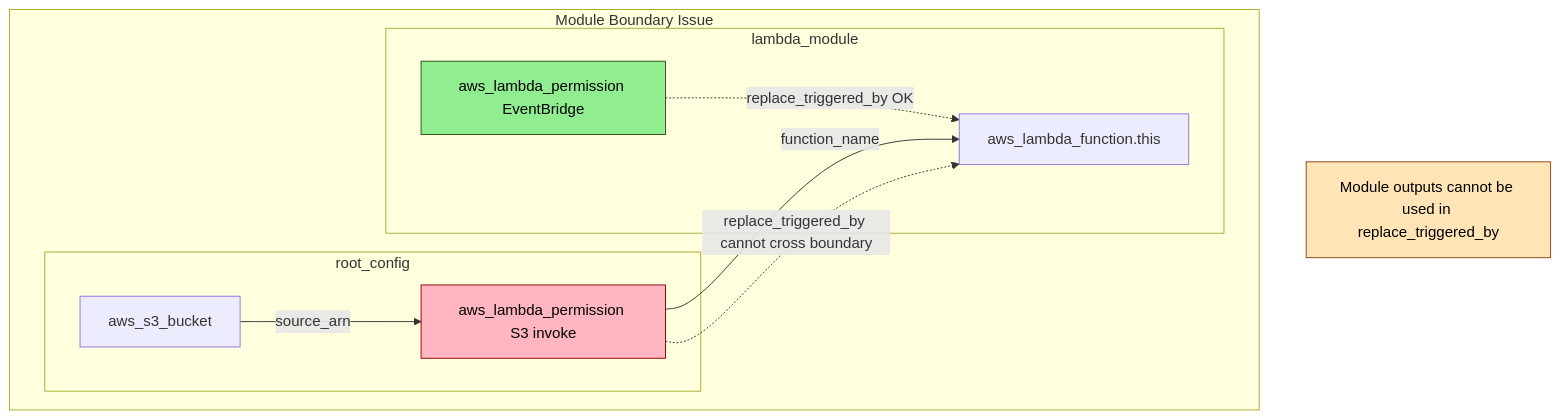
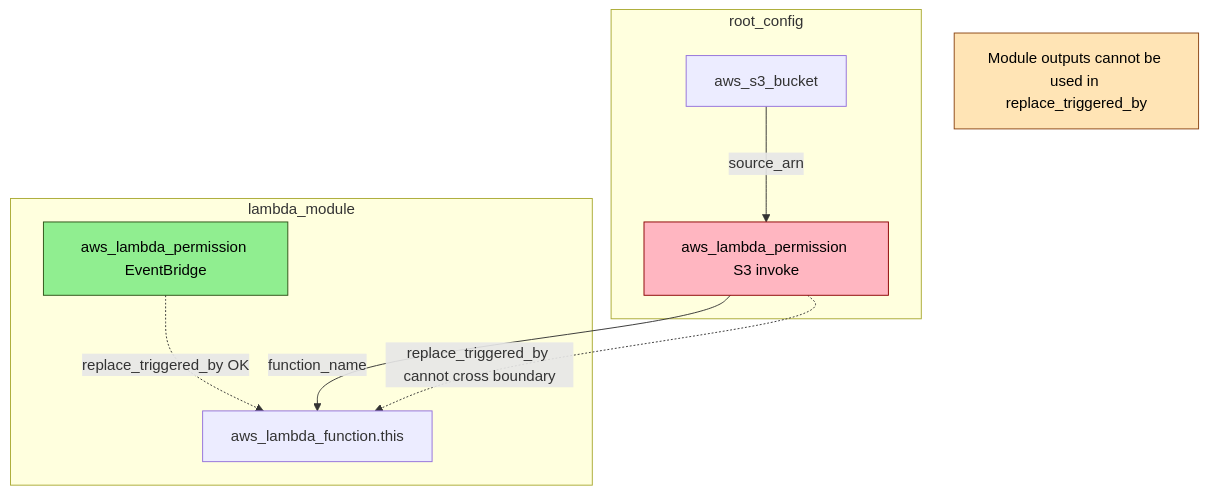
The third of 4 diagrams in content/posts/terraform-lambda-permissions/index.md (carim07/carim-web), drawn with Mermaid before and after one commit. The commit also changed other lines of this file, not shown here.

Commit message:
Fix spacing for diagram

```diff
--- a/content/posts/terraform-lambda-permissions/index.md
+++ b/content/posts/terraform-lambda-permissions/index.md
@@ -354,27 +354,26 @@
 {{< mermaid >}}
 flowchart TB
-    subgraph "Module Boundary Issue"
-        subgraph "lambda_module"
-            LF1[aws_lambda_function.this]
-            LP1[aws_lambda_permission EventBridge]
+    %% Visualize module and root config without an outer cluster to avoid title overlap
+    subgraph "lambda_module"
+        LF1[aws_lambda_function.this]
+        LP1[aws_lambda_permission EventBridge]
 
-            LP1 -.->|replace_triggered_by OK| LF1
+        LP1 -.->|replace_triggered_by OK| LF1
 
-            style LP1 fill:#90EE90,stroke:#2d5016,color:#000
-        end
+        style LP1 fill:#90EE90,stroke:#2d5016,color:#000
+    end
 
-        subgraph "root_config"
-            S3[aws_s3_bucket]
-            LP2[aws_lambda_permission S3 invoke]
+    subgraph "root_config"
+        S3[aws_s3_bucket]
+        LP2[aws_lambda_permission S3 invoke]
 
-            LP2 -->|function_name| LF1
-            LP2 -.->|replace_triggered_by cannot cross boundary| LF1
-            S3 -->|source_arn| LP2
+        LP2 -->|function_name| LF1
+        LP2 -.->|replace_triggered_by cannot cross boundary| LF1
+        S3 -->|source_arn| LP2
 
-            style LP2 fill:#FFB6C1,stroke:#8B0000,color:#000
-        end
+        style LP2 fill:#FFB6C1,stroke:#8B0000,color:#000
     end
 
     Note["Module outputs cannot be used in replace_triggered_by"]
     style Note fill:#FFE4B5,stroke:#8B4513,color:#000
 {{< /mermaid >}}
```
